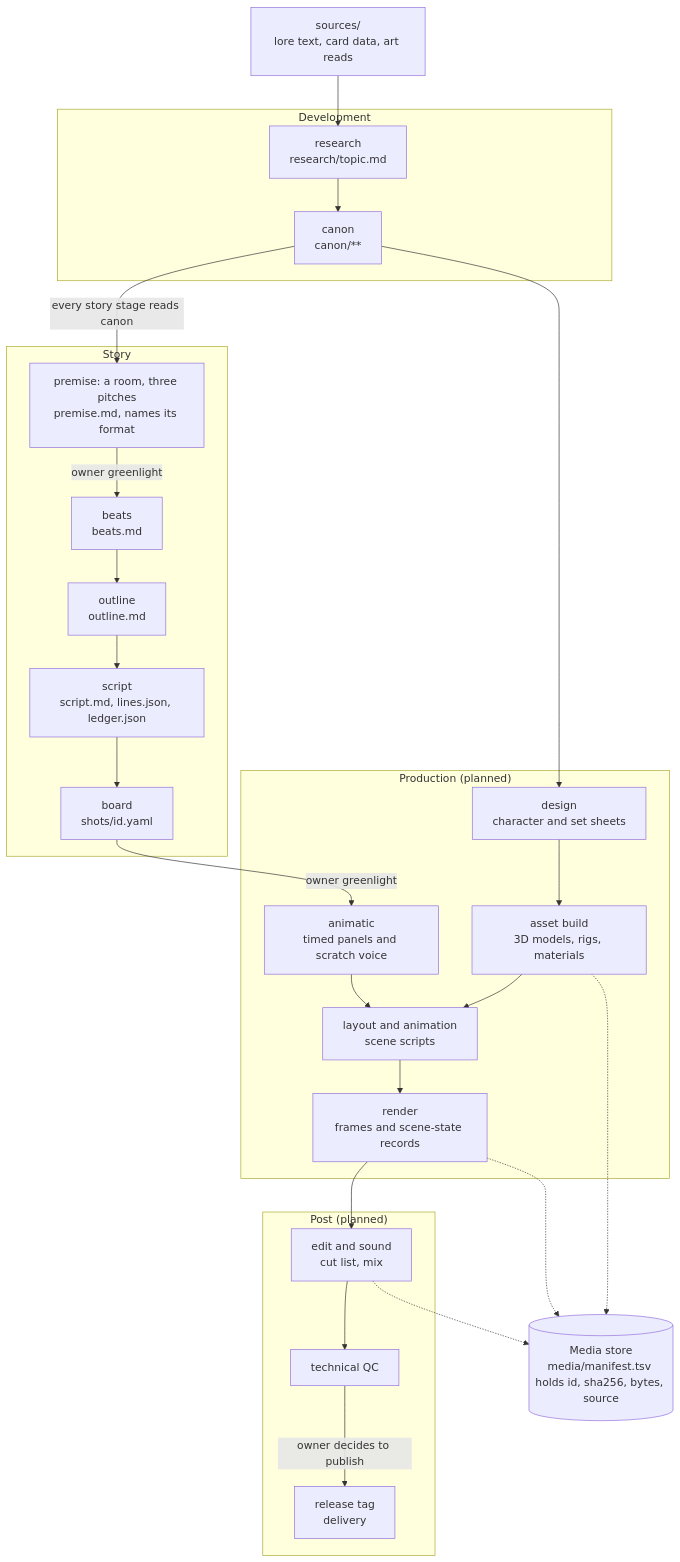
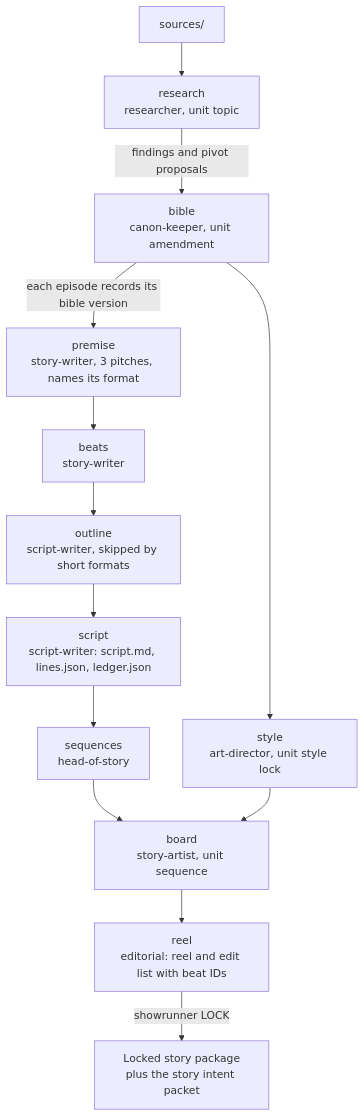
The fourth of 22 diagrams in docs/architecture.md (abel30567/enrico-factory), drawn with Mermaid before and after one commit. The commit also changed other lines of this file and 1 other file, not shown here.

Commit message:
Redraw the architecture to v1 and resolve the ambiguities the diagrams exposed in the brief.

````diff
--- a/docs/architecture.md
+++ b/docs/architecture.md
@@ -130,45 +200,15 @@
 ```mermaid
 flowchart TD
-  SRC["sources/<br/>lore text, card data, art reads"]
-
-  subgraph DEV["Development"]
-    R["research<br/>research/topic.md"]
-    C["canon<br/>canon/**"]
-  end
-
-  subgraph STORY["Story"]
-    P["premise: a room, three pitches<br/>premise.md, names its format"]
-    B["beats<br/>beats.md"]
-    O["outline<br/>outline.md"]
-    S["script<br/>script.md, lines.json, ledger.json"]
-    BD["board<br/>shots/id.yaml"]
-  end
-
-  subgraph PROD["Production (planned)"]
-    AN["animatic<br/>timed panels and scratch voice"]
-    DS["design<br/>character and set sheets"]
-    AB["asset build<br/>3D models, rigs, materials"]
-    LA["layout and animation<br/>scene scripts"]
-    RN["render<br/>frames and scene-state records"]
-  end
-
-  subgraph POST["Post (planned)"]
-    ED["edit and sound<br/>cut list, mix"]
-    QC["technical QC"]
-    REL["release tag<br/>delivery"]
-  end
-
-  STORE[("Media store<br/>media/manifest.tsv holds id, sha256, bytes, source")]
-
-  SRC --> R --> C
-  C -->|"every story stage reads canon"| P
-  P -->|"owner greenlight"| B
-  B --> O --> S --> BD
-  BD -->|"owner greenlight"| AN
-  C --> DS --> AB --> LA
-  AN --> LA --> RN --> ED --> QC
-  QC -->|"owner decides to publish"| REL
-  RN -.-> STORE
-  ED -.-> STORE
-  AB -.-> STORE
+  SRC["sources/"] --> R["research<br/>researcher, unit topic"]
+  R -->|"findings and pivot proposals"| B["bible<br/>canon-keeper, unit amendment"]
+  B -->|"each episode records its bible version"| P["premise<br/>story-writer, 3 pitches, names its format"]
+  P --> BE["beats<br/>story-writer"]
+  BE --> OL["outline<br/>script-writer, skipped by short formats"]
+  OL --> S["script<br/>script-writer: script.md, lines.json, ledger.json"]
+  S --> SQ["sequences<br/>head-of-story"]
+  B --> ST["style<br/>art-director, unit style lock"]
+  SQ --> BD["board<br/>story-artist, unit sequence"]
+  ST --> BD
+  BD --> RL["reel<br/>editorial: reel and edit list with beat IDs"]
+  RL -->|"showrunner LOCK"| PKG["Locked story package<br/>plus the story intent packet"]
 ```
````
